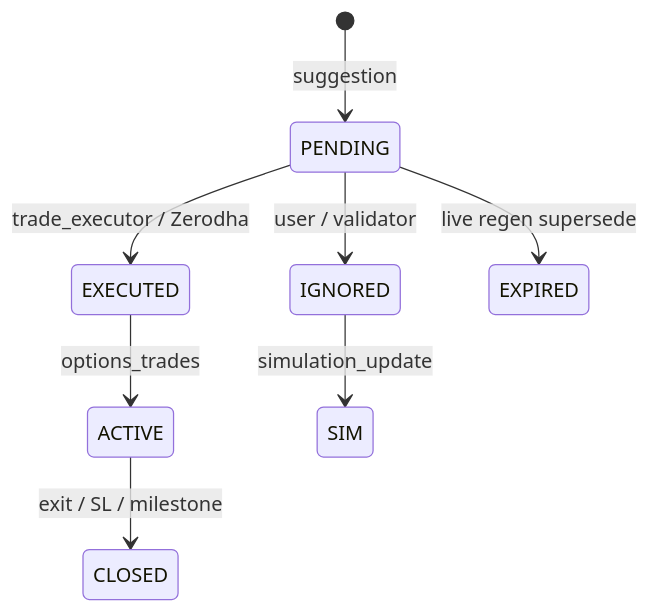
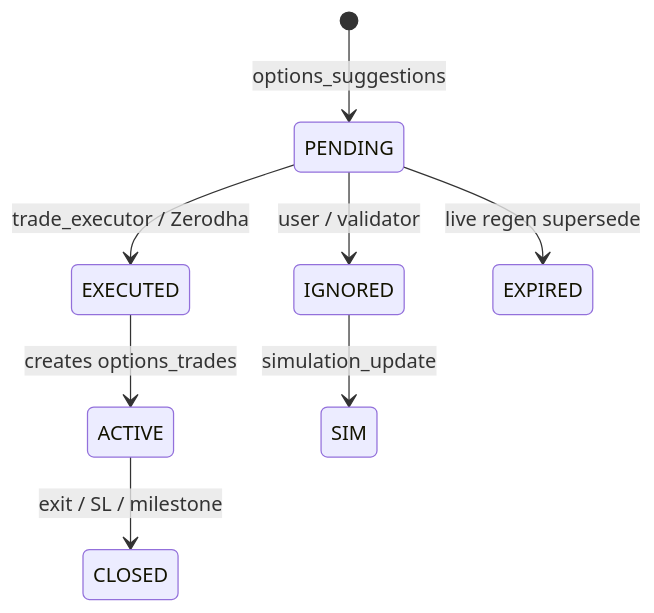
The fourth of 7 diagrams in README.md (tamajit20/options_advisor_system), drawn with Mermaid before and after one commit. The commit also changed other lines of this file and 1 other file, not shown here.

Commit message:
Document file-level code flows and tighten README facts against the live stack.

````diff
--- a/README.md
+++ b/README.md
@@ -453,10 +537,10 @@
 ```mermaid
 stateDiagram-v2
-  [*] --> PENDING: suggestion
+  [*] --> PENDING: options_suggestions
   PENDING --> EXECUTED: trade_executor / Zerodha
   PENDING --> IGNORED: user / validator
   PENDING --> EXPIRED: live regen supersede
-  EXECUTED --> ACTIVE: options_trades
+  EXECUTED --> ACTIVE: creates options_trades
   ACTIVE --> CLOSED: exit / SL / milestone
   IGNORED --> SIM: simulation_update
 ```
````
